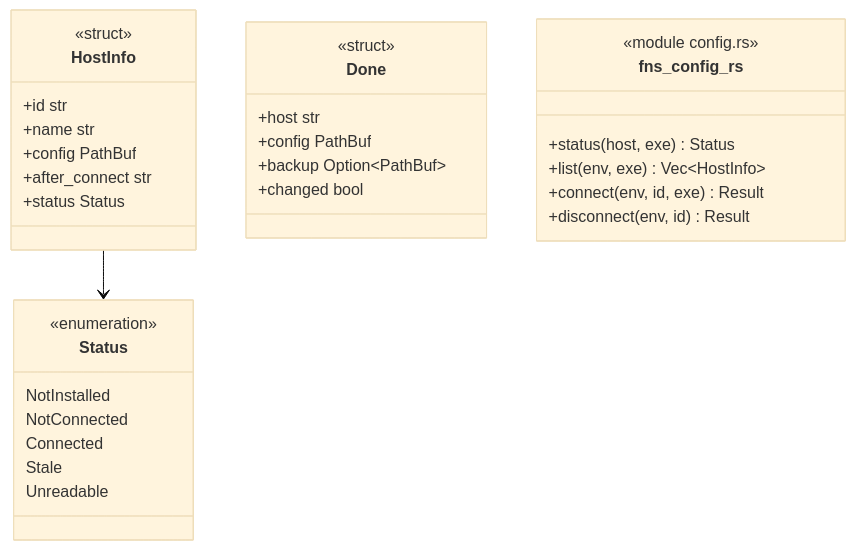
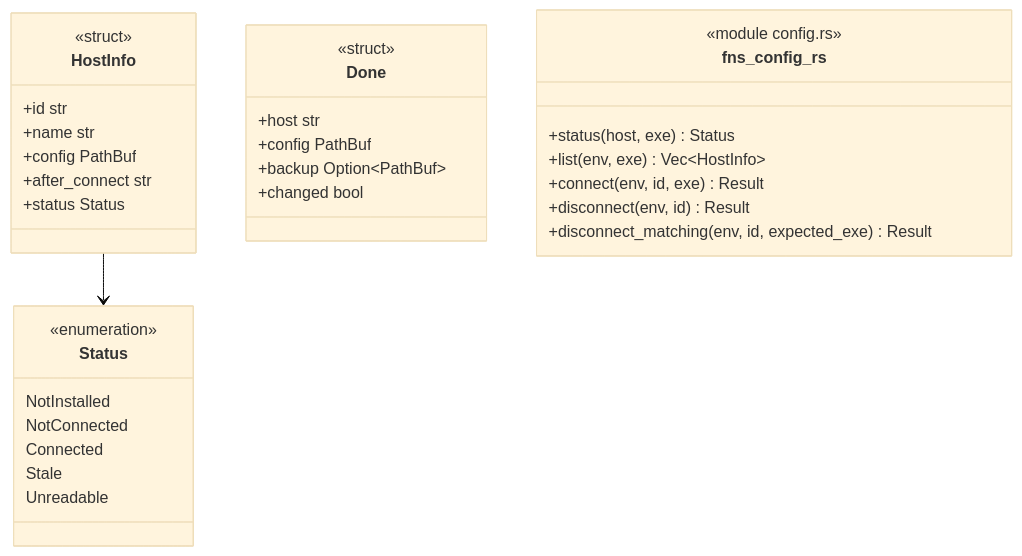
Before and after one commit to p-j-r/nyx: the diagram in docs/architecture/c4/4-code/connect/config.md, drawn with Mermaid (base theme). The commit also changed other lines of this file and 150 other files, not shown here.

````diff
--- a/docs/architecture/c4/4-code/connect/config.md
+++ b/docs/architecture/c4/4-code/connect/config.md
@@ -35,34 +35,35 @@
 ```mermaid
 classDiagram
   class Status {
       <<enumeration>>
       NotInstalled
       NotConnected
       Connected
       Stale
       Unreadable
   }
   class HostInfo {
       <<struct>>
       +id str
       +name str
       +config PathBuf
       +after_connect str
       +status Status
   }
   class Done {
       <<struct>>
       +host str
       +config PathBuf
       +backup Option~PathBuf~
       +changed bool
   }
   class fns_config_rs {
       <<module config.rs>>
       +status(host, exe) Status
       +list(env, exe) Vec~HostInfo~
       +connect(env, id, exe) Result
       +disconnect(env, id) Result
+      +disconnect_matching(env, id, expected_exe) Result
   }
   HostInfo --> Status
 ```
````
